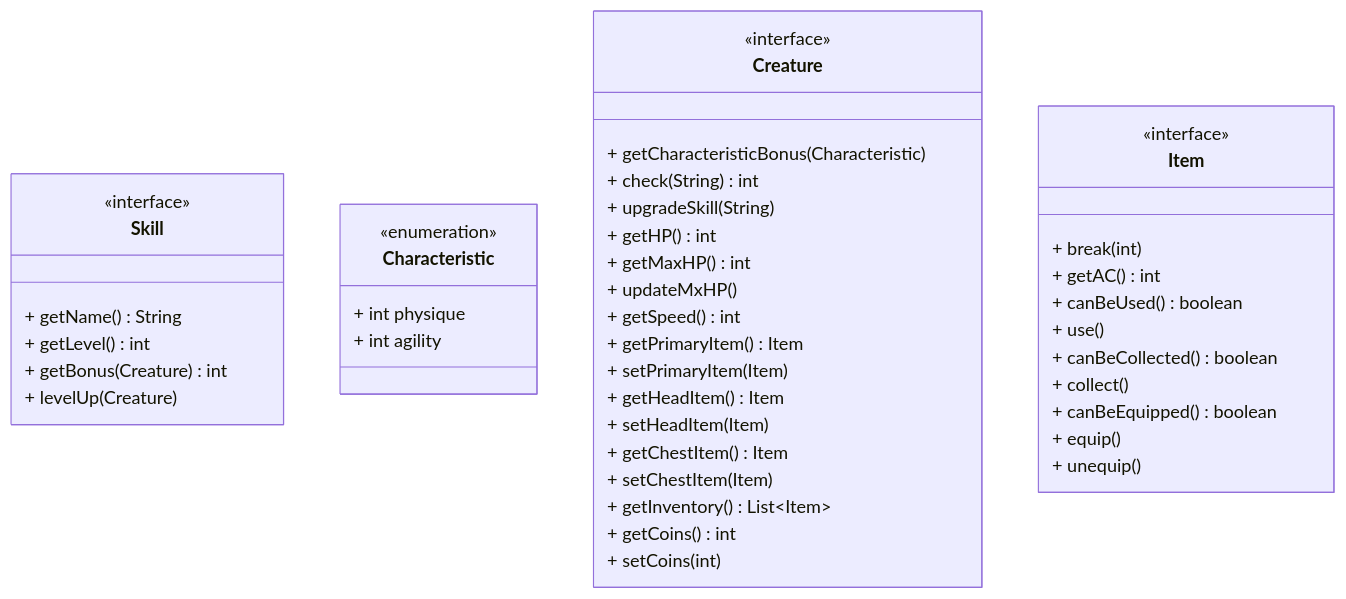
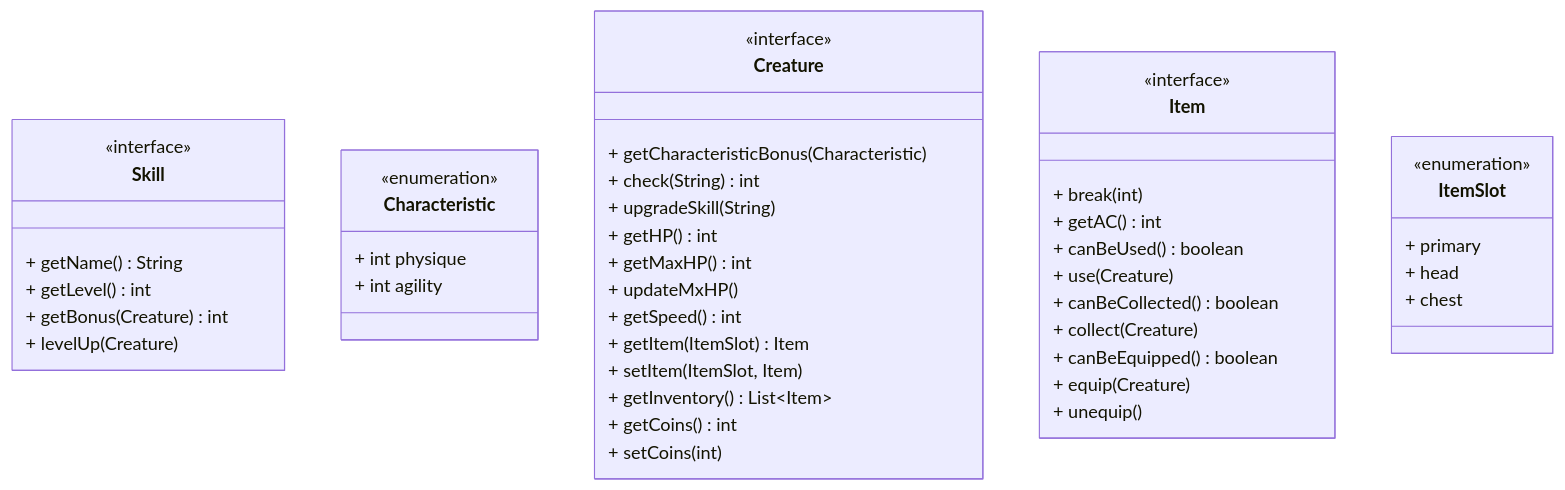
The third of 37 diagrams in documentation/Version_0_1.md (StrangeClone/GreatGame), drawn with Mermaid before and after one commit. The commit also changed other lines of this file and 18 other files, not shown here.

````diff
--- a/documentation/Version_0_1.md
+++ b/documentation/Version_0_1.md
@@ -130,46 +130,48 @@
 ```mermaid
 classDiagram
 class Skill {
     <<interface>>
     + getName() String
     + getLevel() int
     + getBonus(Creature) int
     + levelUp(Creature)
 }
 class Characteristic {
     <<enumeration>>
     + int physique
     + int agility
 }
 class Creature {
     <<interface>>
     + getCharacteristicBonus(Characteristic)
     + check(String) int
     + upgradeSkill(String)
     + getHP() int
     + getMaxHP() int
     + updateMxHP()
     + getSpeed() int
-    + getPrimaryItem() Item
-    + setPrimaryItem(Item)
-    + getHeadItem() Item
-    + setHeadItem(Item)
-    + getChestItem() Item
-    + setChestItem(Item)
+    + getItem(ItemSlot) Item
+    + setItem(ItemSlot, Item)
     + getInventory() List~Item~
     + getCoins() int
     + setCoins(int)
 }
 class Item {
     <<interface>>
     + break(int)
     + getAC() int
     + canBeUsed() boolean
-    + use()
+    + use(Creature)
     + canBeCollected() boolean
-    + collect()
+    + collect(Creature)
     + canBeEquipped() boolean
-    + equip()
+    + equip(Creature)
     + unequip()
 }
+  class ItemSlot {
+    <<enumeration>>
+    + primary
+    + head
+    + chest
+  }
 ```
````
